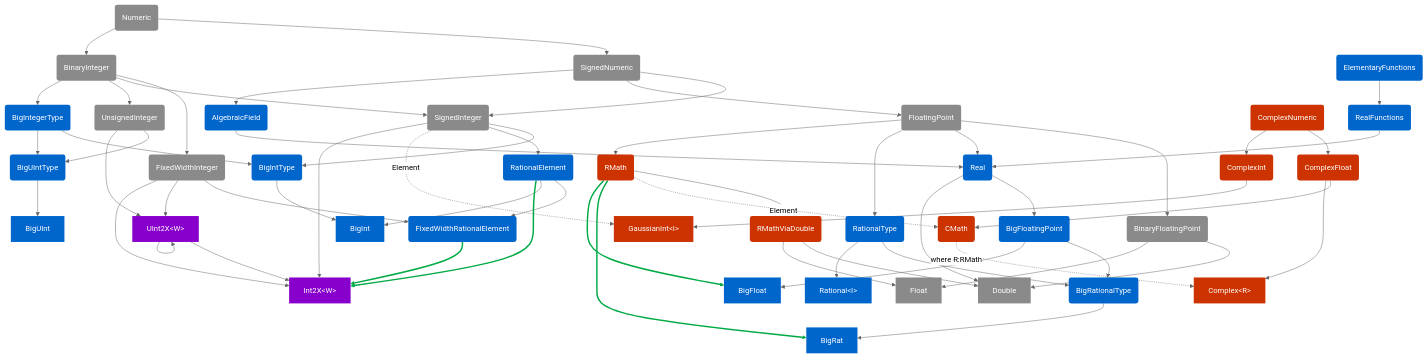
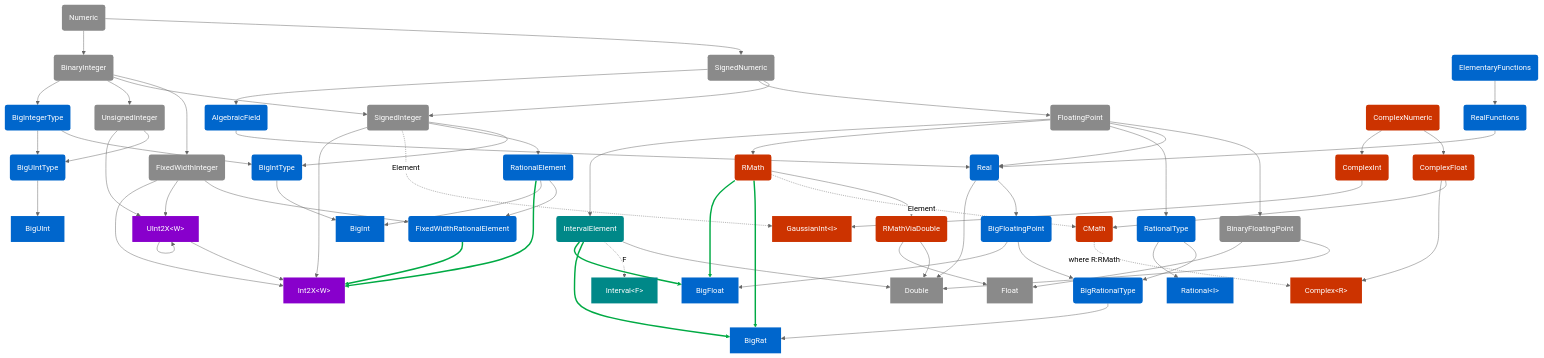
The diagram in graph/typetree.mmd (dankogai/swift-pons), drawn with Mermaid (neutral theme) before and after one commit. The commit also changed 5 other files, not shown here.

```diff
--- a/graph/typetree.mmd
+++ b/graph/typetree.mmd
@@ -1,114 +1,124 @@
 graph TD
   classDef stdlib   fill:#8a8a8a,stroke:none,color:#fff
   classDef bignum   fill:#0066cc,stroke:none,color:#fff
   classDef complex  fill:#cc3300,stroke:none,color:#fff
+  classDef interval fill:#008888,stroke:none,color:#fff
   classDef int2x    fill:#8800cc,stroke:none,color:#fff
   classDef ponsglue fill:#00aa44,stroke:none,color:#fff
 
   %% Swift Standard Library
   Numeric(Numeric):::stdlib
   SignedNumeric(SignedNumeric):::stdlib
   BinaryInteger(BinaryInteger):::stdlib
   SignedInteger(SignedInteger):::stdlib
   UnsignedInteger(UnsignedInteger):::stdlib
   FixedWidthInteger(FixedWidthInteger):::stdlib
   FloatingPoint(FloatingPoint):::stdlib
   BinaryFloatingPoint(BinaryFloatingPoint):::stdlib
   Double[Double]:::stdlib
   Float[Float]:::stdlib
 
   Numeric --> SignedNumeric
   Numeric --> BinaryInteger
   BinaryInteger --> FixedWidthInteger
   BinaryInteger --> SignedInteger
   BinaryInteger --> UnsignedInteger
   SignedNumeric --> SignedInteger
   SignedNumeric --> FloatingPoint
   FloatingPoint --> BinaryFloatingPoint
   BinaryFloatingPoint --> Double
   BinaryFloatingPoint --> Float
 
   %% BigNum
   ElementaryFunctions(ElementaryFunctions):::bignum
   RealFunctions(RealFunctions):::bignum
   AlgebraicField(AlgebraicField):::bignum
   Real(Real):::bignum
   BigFloatingPoint(BigFloatingPoint):::bignum
   BigIntegerType(BigIntegerType):::bignum
   BigIntType(BigIntType):::bignum
   BigUIntType(BigUIntType):::bignum
   RationalElement(RationalElement):::bignum
   FixedWidthRationalElement(FixedWidthRationalElement):::bignum
   RationalType(RationalType):::bignum
   BigRationalType(BigRationalType):::bignum
   BigUInt[BigUInt]:::bignum
   BigInt[BigInt]:::bignum
   Rational["Rational&lt;I&gt;"]:::bignum
   BigRat[BigRat]:::bignum
   BigFloat[BigFloat]:::bignum
 
   ElementaryFunctions --> RealFunctions
   SignedNumeric --> AlgebraicField
   FloatingPoint --> Real
   RealFunctions --> Real
   AlgebraicField --> Real
   Real --> BigFloatingPoint
   Real --> Double
   BinaryInteger --> BigIntegerType
   BigIntegerType --> BigIntType
   SignedInteger --> BigIntType
   BigIntegerType --> BigUIntType
   UnsignedInteger --> BigUIntType
   BigIntType --> BigInt
   BigUIntType --> BigUInt
   SignedInteger --> RationalElement
   RationalElement --> FixedWidthRationalElement
   FixedWidthInteger --> FixedWidthRationalElement
   RationalElement --> BigInt
   FloatingPoint --> RationalType
   RationalType --> BigRationalType
   BigFloatingPoint --> BigRationalType
   RationalType --> Rational
   BigRationalType --> BigRat
   BigFloatingPoint --> BigFloat
 
   %% Complex
   ComplexNumeric(ComplexNumeric):::complex
   ComplexFloat(ComplexFloat):::complex
   CMath(CMath):::complex
   ComplexInt(ComplexInt):::complex
   RMath(RMath):::complex
   RMathViaDouble(RMathViaDouble):::complex
   Complex["Complex&lt;R&gt;"]:::complex
   GaussianInt["GaussianInt&lt;I&gt;"]:::complex
 
   ComplexNumeric --> ComplexFloat
   ComplexNumeric --> ComplexInt
   ComplexFloat --> CMath
   FloatingPoint --> RMath
   RMath --> RMathViaDouble
   RMathViaDouble --> Double
   RMathViaDouble --> Float
   RMath -. "Element" .-> CMath
   ComplexFloat --> Complex
   CMath -. "where R:RMath" .-> Complex
   ComplexInt --> GaussianInt
   SignedInteger -. "Element" .-> GaussianInt
 
+  %% Interval
+  IntervalElement(IntervalElement):::interval
+  Interval["Interval&lt;F&gt;"]:::interval
+  FloatingPoint --> IntervalElement
+  IntervalElement --> Double
+  IntervalElement -. "F" .-> Interval
+
   %% Int2X
   UInt2X["UInt2X&lt;W&gt;"]:::int2x
   Int2X["Int2X&lt;W&gt;"]:::int2x
   FixedWidthInteger --> UInt2X
   UnsignedInteger --> UInt2X
   FixedWidthInteger --> Int2X
   SignedInteger --> Int2X
   UInt2X --> Int2X
   UInt2X --> UInt2X
 
   %% PONS retroactive glue
   RMath ==> BigRat
   RMath ==> BigFloat
   RationalElement ==> Int2X
   FixedWidthRationalElement ==> Int2X
+  IntervalElement ==> BigRat
+  IntervalElement ==> BigFloat
 
-  linkStyle 52,53,54,55 stroke:#00aa44,stroke-width:3px
+  linkStyle 55,56,57,58,59,60 stroke:#00aa44,stroke-width:3px
```
